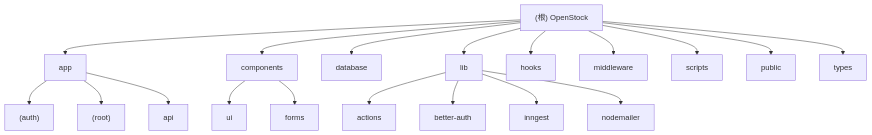
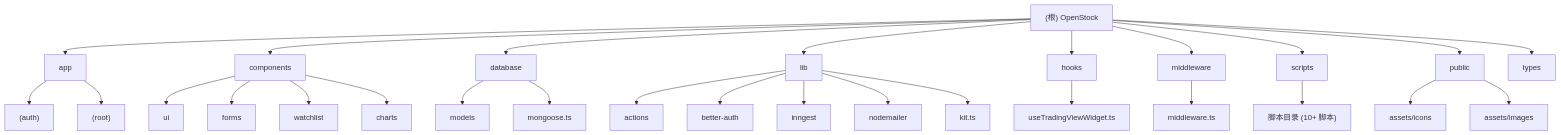
The diagram in CLAUDE.md (afanty2021/OpenStock), drawn with Mermaid before and after one commit. The commit also changed other lines of this file, not shown here.

````diff
--- a/CLAUDE.md
+++ b/CLAUDE.md
@@ -49,34 +51,46 @@
 ```mermaid
 graph TD
     A["(根) OpenStock"] --> B["app"];
     A --> C["components"];
     A --> D["database"];
     A --> E["lib"];
     A --> F["hooks"];
     A --> G["middleware"];
     A --> H["scripts"];
     A --> I["public"];
     A --> J["types"];
 
     B --> B1["(auth)"];
     B --> B2["(root)"];
-    B --> B3["api"];
 
     C --> C1["ui"];
     C --> C2["forms"];
+    C --> C3["watchlist"];
+    C --> C4["charts"];
+
+    D --> D1["models"];
+    D --> D2["mongoose.ts"];
 
     E --> E1["actions"];
     E --> E2["better-auth"];
     E --> E3["inngest"];
     E --> E4["nodemailer"];
+    E --> E5["kit.ts"];
+
+    F --> F1["useTradingViewWidget.ts"];
+
+    G --> G1["middleware.ts"];
+
+    H --> H1["脚本目录 (10+ 脚本)"];
+
+    I --> I1["assets/icons"];
+    I --> I2["assets/images"];
 
     click B "./app/CLAUDE.md" "查看 app 模块文档"
     click C "./components/CLAUDE.md" "查看 components 模块文档"
     click D "./database/CLAUDE.md" "查看 database 模块文档"
     click E "./lib/CLAUDE.md" "查看 lib 模块文档"
     click F "./hooks/CLAUDE.md" "查看 hooks 模块文档"
     click G "./middleware/CLAUDE.md" "查看 middleware 模块文档"
     click H "./scripts/CLAUDE.md" "查看 scripts 模块文档"
-    click I "./public/CLAUDE.md" "查看 public 模块文档"
-    click J "./types/CLAUDE.md" "查看 types 模块文档"
 ```
````
